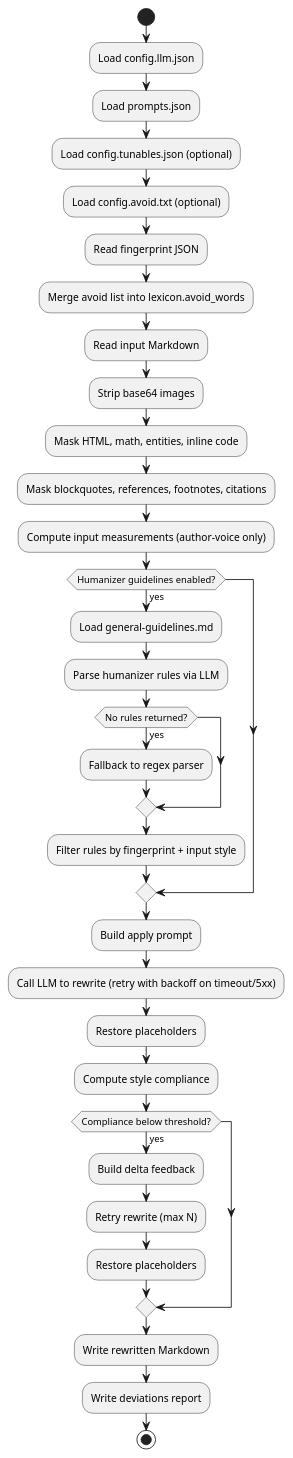
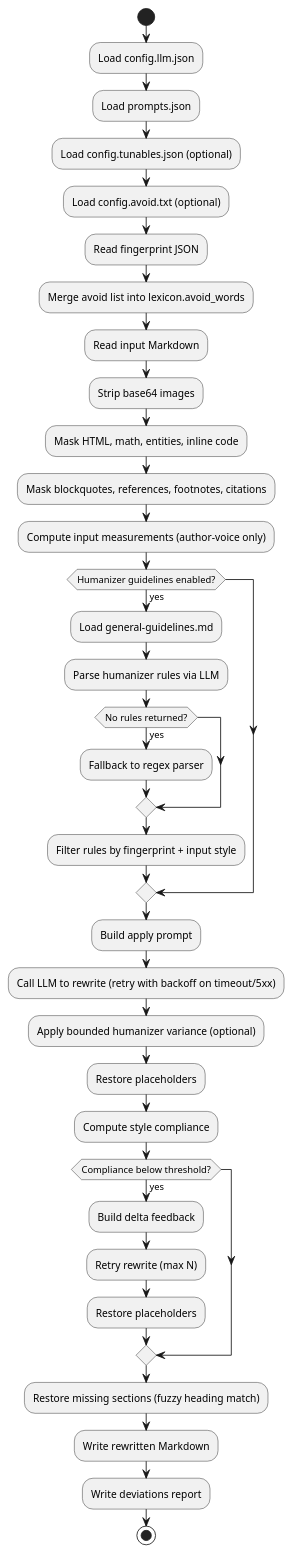
Before and after one commit to ngpepin/stylometric-transfer: the second of 3 diagrams in UML-Apply.md, drawn with PlantUML. The commit also changed other lines of this file and 10 other files, not shown here.

Commit message:
feat: add humanizer variance controls and tunables snapshot for auditability

````diff
--- a/UML-Apply.md
+++ b/UML-Apply.md
@@ -79,43 +83,45 @@
 ```plantuml
 @startuml
 start
 :Load config.llm.json;
 :Load prompts.json;
 :Load config.tunables.json (optional);
 :Load config.avoid.txt (optional);
 
 :Read fingerprint JSON;
 :Merge avoid list into lexicon.avoid_words;
 :Read input Markdown;
 
 :Strip base64 images;
 :Mask HTML, math, entities, inline code;
 :Mask blockquotes, references, footnotes, citations;
 
 :Compute input measurements (author-voice only);
 
 if (Humanizer guidelines enabled?) then (yes)
   :Load general-guidelines.md;
   :Parse humanizer rules via LLM;
   if (No rules returned?) then (yes)
     :Fallback to regex parser;
   endif
   :Filter rules by fingerprint + input style;
 endif
 
 :Build apply prompt;
 :Call LLM to rewrite (retry with backoff on timeout/5xx);
+:Apply bounded humanizer variance (optional);
 :Restore placeholders;
 :Compute style compliance;
 
 if (Compliance below threshold?) then (yes)
   :Build delta feedback;
   :Retry rewrite (max N);
   :Restore placeholders;
 endif
 
+:Restore missing sections (fuzzy heading match);
 :Write rewritten Markdown;
 :Write deviations report;
 stop
 @enduml
 ```
````
